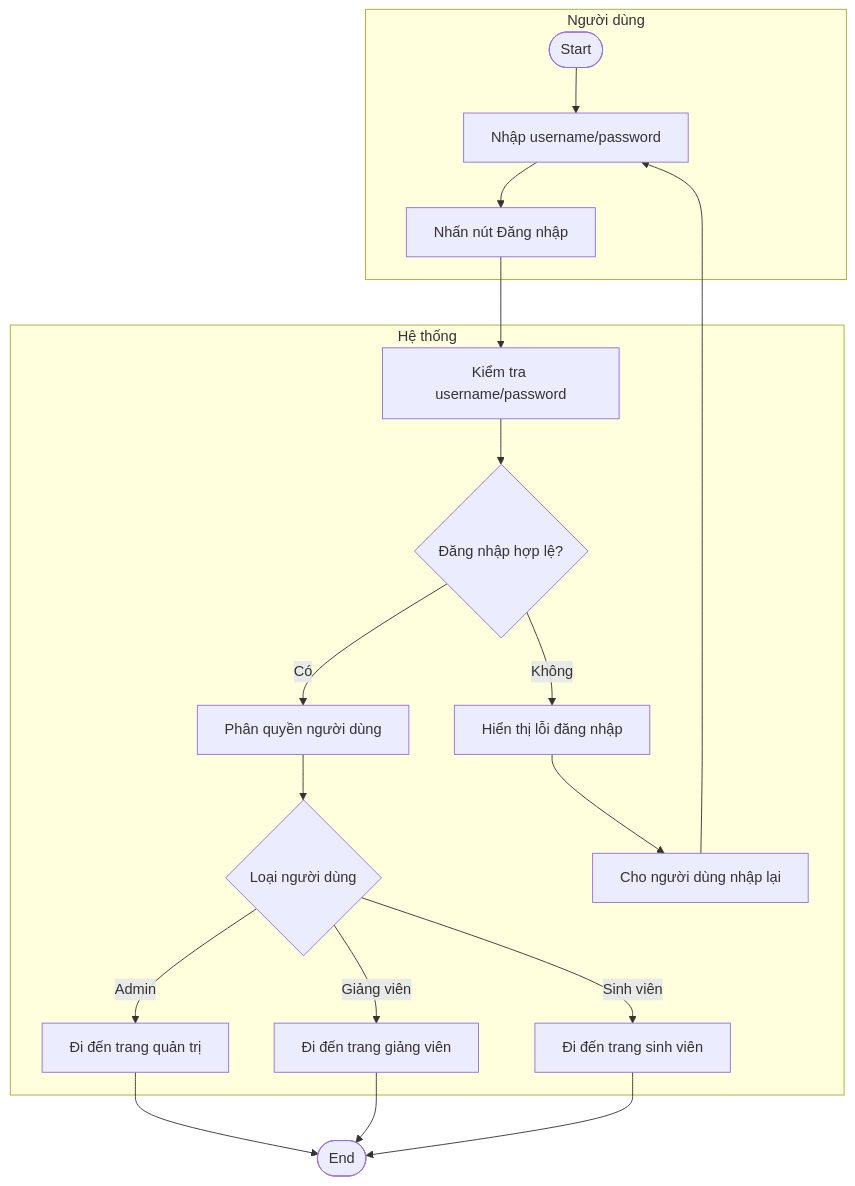
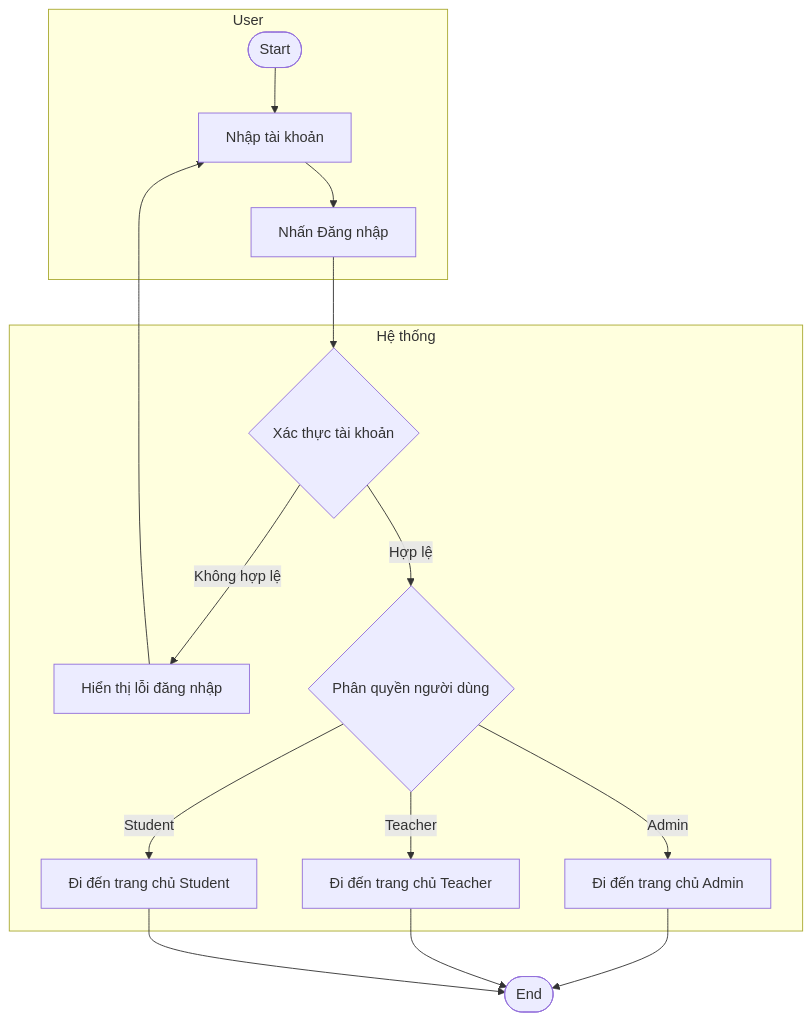
Before and after one commit to barotoichoi/PTTKHT-Group3: the first of 4 diagrams in Activity_Diagram.md, drawn with Mermaid. The commit also changed other lines of this file, not shown here.

Commit message:
Cập nhật 4 biểu đồ Activity Diagram theo yêu cầu

````diff
--- a/Activity_Diagram.md
+++ b/Activity_Diagram.md
@@ -5,25 +5,21 @@
 ```mermaid
 flowchart TB
-    %% Swimlane phân chia Người dùng và Hệ thống
-    subgraph User [Người dùng]
-        A([Start]) --> B[Nhập username/password]
-        B --> C[Nhấn nút Đăng nhập]
+    subgraph User[User]
+        A([Start]) --> B[Nhập tài khoản]
+        B --> C[Nhấn Đăng nhập]
     end
 
-    subgraph System [Hệ thống]
-        C --> D[Kiểm tra username/password]
-        D --> E{Đăng nhập hợp lệ?}
-        E -- Có --> F[Phân quyền người dùng]
-        F --> G{Loại người dùng}
-        G -- Admin --> H[Đi đến trang quản trị]
-        G -- Giảng viên --> I[Đi đến trang giảng viên]
-        G -- Sinh viên --> J[Đi đến trang sinh viên]
-        E -- Không --> K[Hiển thị lỗi đăng nhập]
-        K --> L[Cho người dùng nhập lại]
-        L --> B
+    subgraph System[Hệ thống]
+        C --> D{Xác thực tài khoản}
+        D -->|Không hợp lệ| E[Hiển thị lỗi đăng nhập]
+        E --> B
+        D -->|Hợp lệ| F{Phân quyền người dùng}
+        F -->|Admin| G[Đi đến trang chủ Admin]
+        F -->|Teacher| H[Đi đến trang chủ Teacher]
+        F -->|Student| I[Đi đến trang chủ Student]
     end
 
-    H --> M([End])
-    I --> M
-    J --> M
+    G --> Z([End])
+    H --> Z
+    I --> Z
 ```
````
